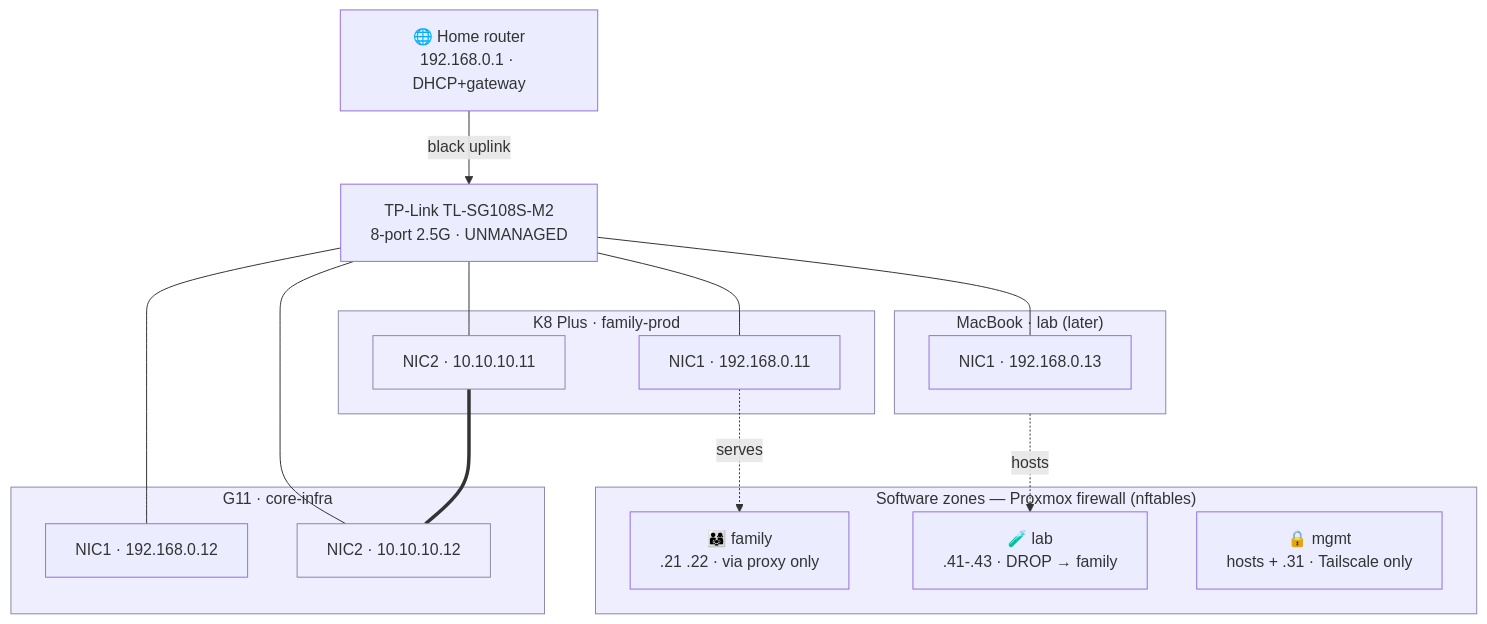
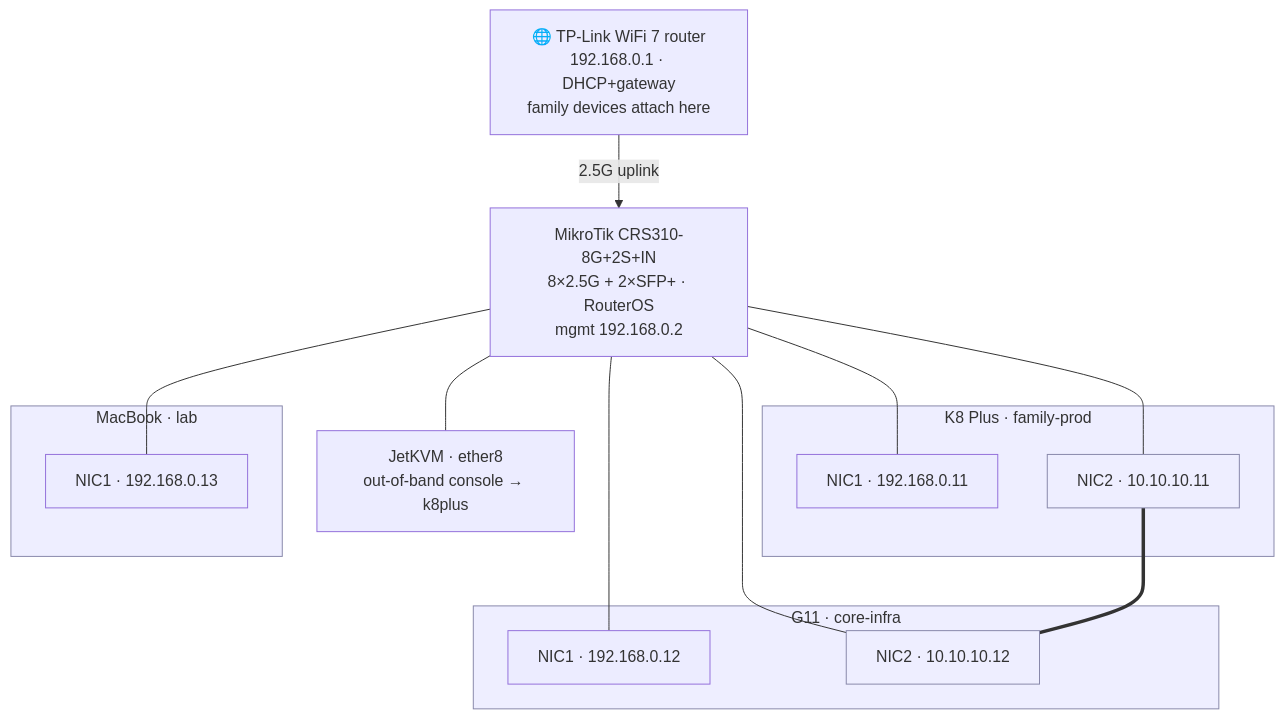
Before and after one commit to MisterOni/homelab-infra: the diagram in docs/network.md, drawn with Mermaid. The commit also changed other lines of this file and 14 other files, not shown here.

````diff
--- a/docs/network.md
+++ b/docs/network.md
@@ -6,37 +13,31 @@
 ```mermaid
 flowchart TB
-    ISP[🌐 Home router<br/>192.168.0.1 · DHCP+gateway]
-    SW[TP-Link TL-SG108S-M2<br/>8-port 2.5G · UNMANAGED]
+    ISP[🌐 TP-Link WiFi 7 router<br/>192.168.0.1 · DHCP+gateway<br/>family devices attach here]
+    SW[MikroTik CRS310-8G+2S+IN<br/>8×2.5G + 2×SFP+ · RouterOS<br/>mgmt 192.168.0.2]
 
-    ISP -- black uplink --> SW
+    ISP -- 2.5G uplink --> SW
 
     subgraph K8["K8 Plus · family-prod"]
       K8n1[NIC1 · 192.168.0.11]
       K8n2[NIC2 · 10.10.10.11]
     end
     subgraph G11["G11 · core-infra"]
       G1n1[NIC1 · 192.168.0.12]
       G1n2[NIC2 · 10.10.10.12]
     end
-    subgraph MBP["MacBook · lab (later)"]
+    subgraph MBP["MacBook · lab"]
       Mn1[NIC1 · 192.168.0.13]
     end
+    KVM[JetKVM · ether8<br/>out-of-band console → k8plus]
 
     SW --- K8n1
     SW --- K8n2
     SW --- G1n1
     SW --- G1n2
     SW --- Mn1
+    SW --- KVM
 
-    subgraph ZONES["Software zones — Proxmox firewall (nftables)"]
-      FAM[👨‍👩‍👧 family<br/>.21 .22 · via proxy only]
-      LAB[🧪 lab<br/>.41-.43 · DROP → family]
-      MGMT[🔒 mgmt<br/>hosts + .31 · Tailscale only]
-    end
-
-    K8n1 -.serves.-> FAM
-    MBP -.hosts.-> LAB
     K8n2 === G1n2
     classDef cluster fill:#eef,stroke:#88a;
     class K8n2,G1n2 cluster;
 ```
````
